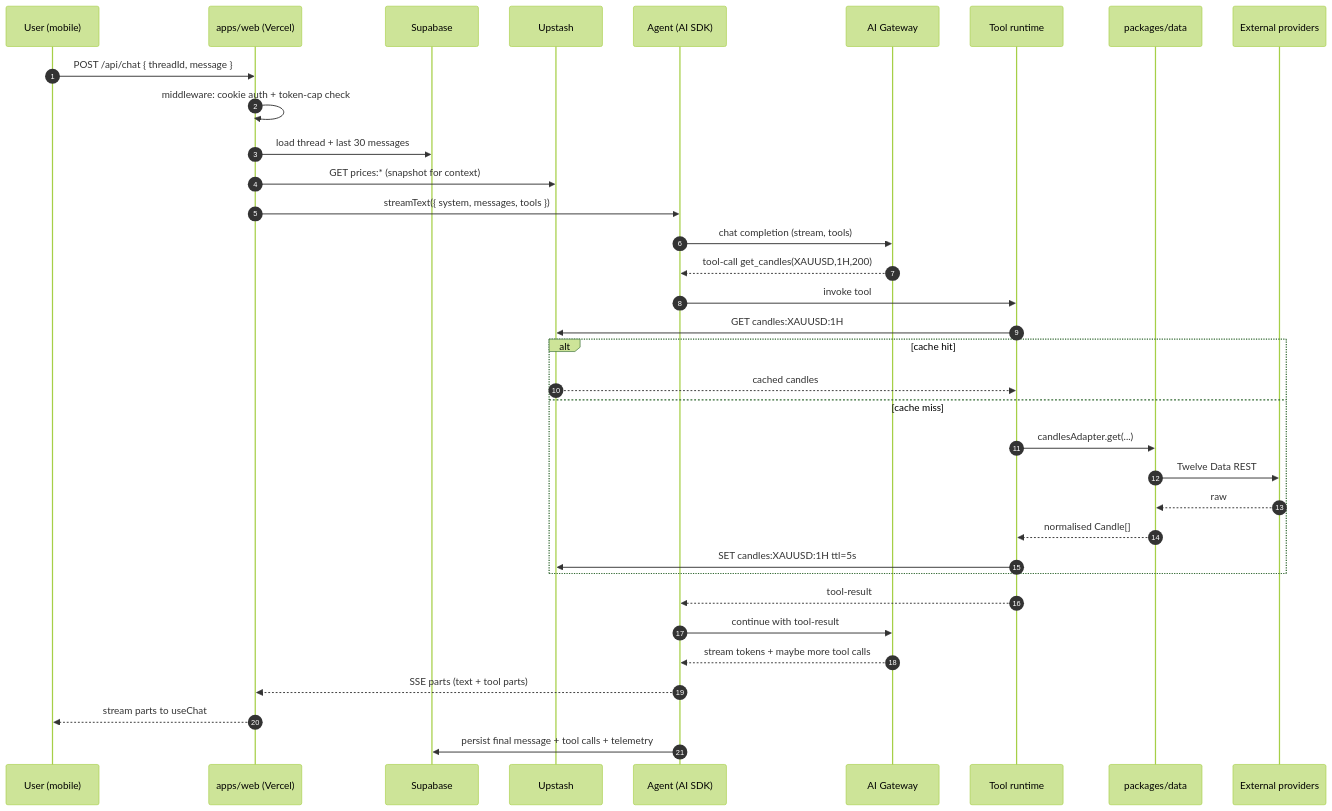
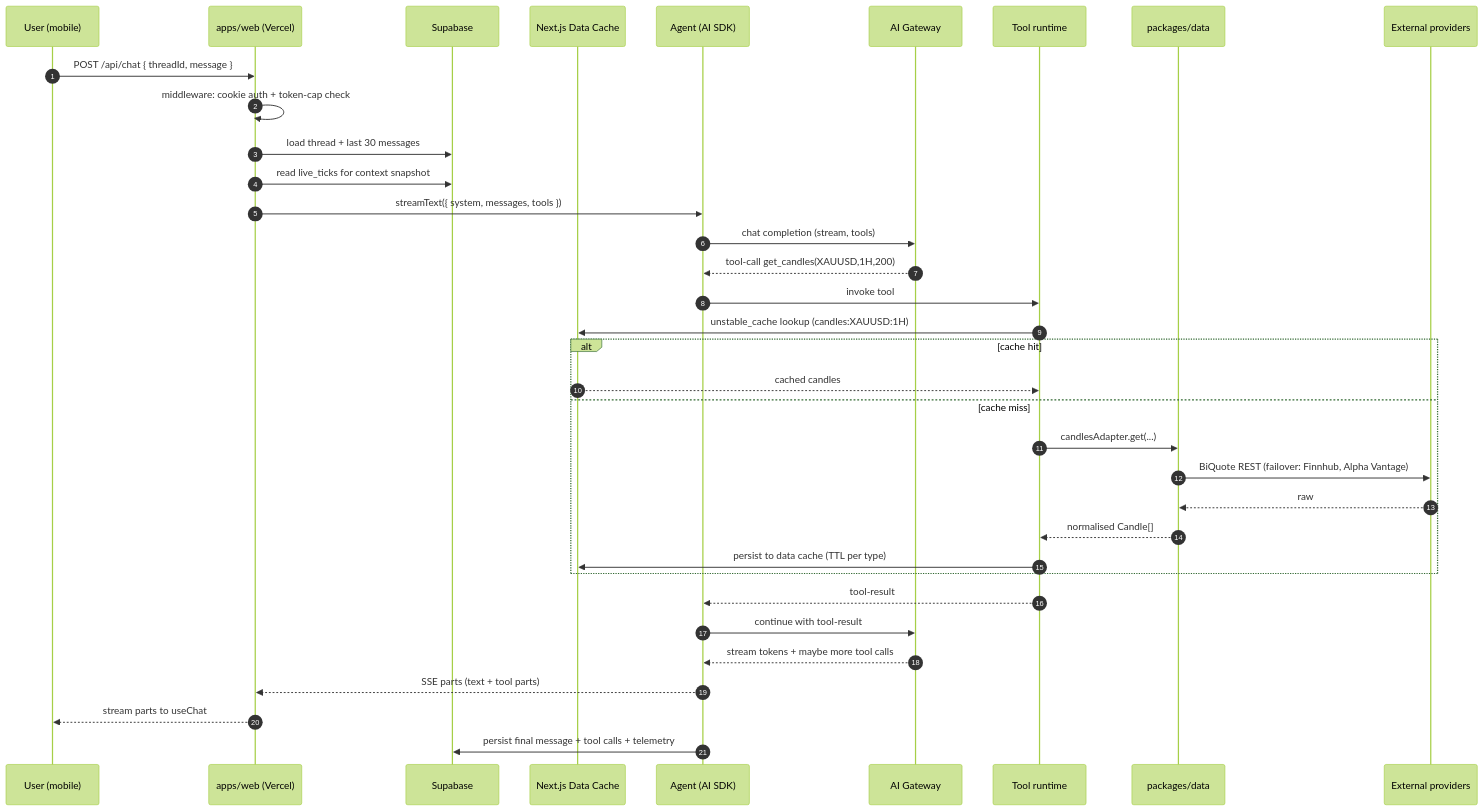
The first of 11 diagrams in docs/13-data-flow.md (HamaFx/Kestrel), drawn with Mermaid (forest theme) before and after one commit. The commit also changed other lines of this file and 16 other files, not shown here.

````diff
--- a/docs/13-data-flow.md
+++ b/docs/13-data-flow.md
@@ -9,38 +14,38 @@
 ```mermaid
 sequenceDiagram
     autonumber
     participant U as User (mobile)
     participant W as apps/web (Vercel)
     participant DB as Supabase
-    participant R as Upstash
+    participant C as Next.js Data Cache
     participant A as Agent (AI SDK)
     participant G as AI Gateway
     participant T as Tool runtime
     participant DA as packages/data
     participant P as External providers
 
     U->>W: POST /api/chat { threadId, message }
     W->>W: middleware: cookie auth + token-cap check
     W->>DB: load thread + last 30 messages
-    W->>R: GET prices:* (snapshot for context)
+    W->>DB: read live_ticks for context snapshot
     W->>A: streamText({ system, messages, tools })
     A->>G: chat completion (stream, tools)
     G-->>A: tool-call get_candles(XAUUSD,1H,200)
     A->>T: invoke tool
-    T->>R: GET candles:XAUUSD:1H
+    T->>C: unstable_cache lookup (candles:XAUUSD:1H)
     alt cache hit
-      R-->>T: cached candles
+      C-->>T: cached candles
     else cache miss
       T->>DA: candlesAdapter.get(...)
-      DA->>P: Twelve Data REST
+      DA->>P: BiQuote REST (failover: Finnhub, Alpha Vantage)
       P-->>DA: raw
       DA-->>T: normalised Candle[]
-      T->>R: SET candles:XAUUSD:1H ttl=5s
+      T->>C: persist to data cache (TTL per type)
     end
     T-->>A: tool-result
     A->>G: continue with tool-result
     G-->>A: stream tokens + maybe more tool calls
     A-->>W: SSE parts (text + tool parts)
     W-->>U: stream parts to useChat
     A->>DB: persist final message + tool calls + telemetry
 ```
````
